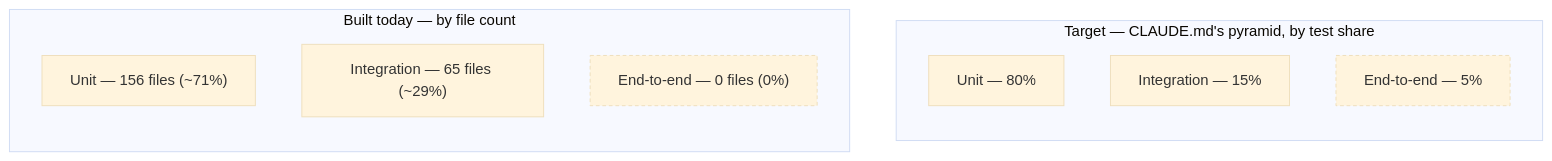
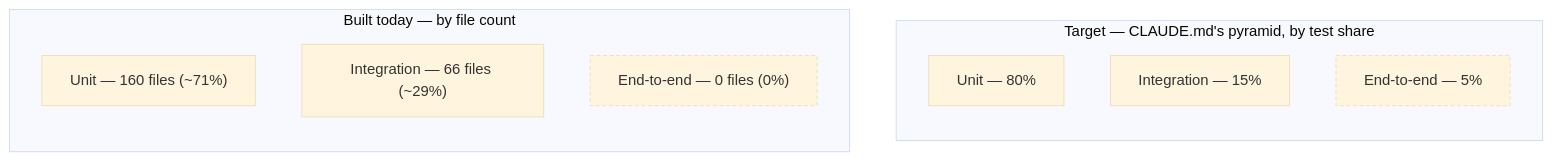
Before and after one commit to aaronrmDev/AI-AUGMENTED-GENERATION: the diagram in docs/testing/TESTING.md, drawn with Mermaid (base theme). The commit also changed other lines of this file and 5 other files, not shown here.

````diff
--- a/docs/testing/TESTING.md
+++ b/docs/testing/TESTING.md
@@ -15,17 +15,17 @@
 ```mermaid
 flowchart TB
     subgraph Target["Target — CLAUDE.md's pyramid, by test share"]
         direction TB
         TU["Unit — 80%"]
         TI["Integration — 15%"]
         TE["End-to-end — 5%"]
     end
     subgraph Actual["Built today — by file count"]
         direction TB
-        AU["Unit — 156 files (~71%)"]
-        AI["Integration — 65 files (~29%)"]
+        AU["Unit — 160 files (~71%)"]
+        AI["Integration — 66 files (~29%)"]
         AE["End-to-end — 0 files (0%)"]
     end
     style TE stroke-dasharray: 4 3
     style AE stroke-dasharray: 4 3
 ```
````
